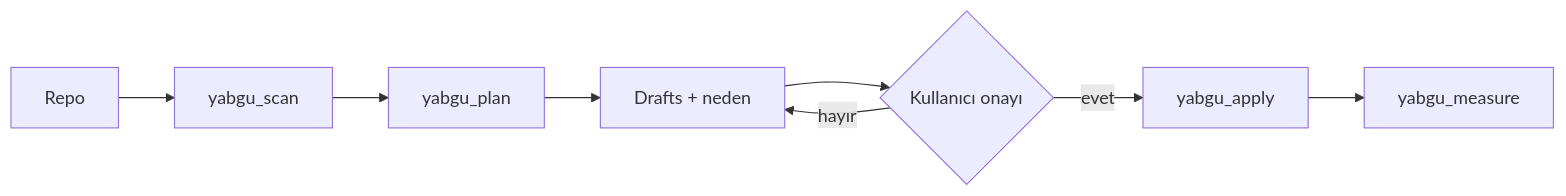
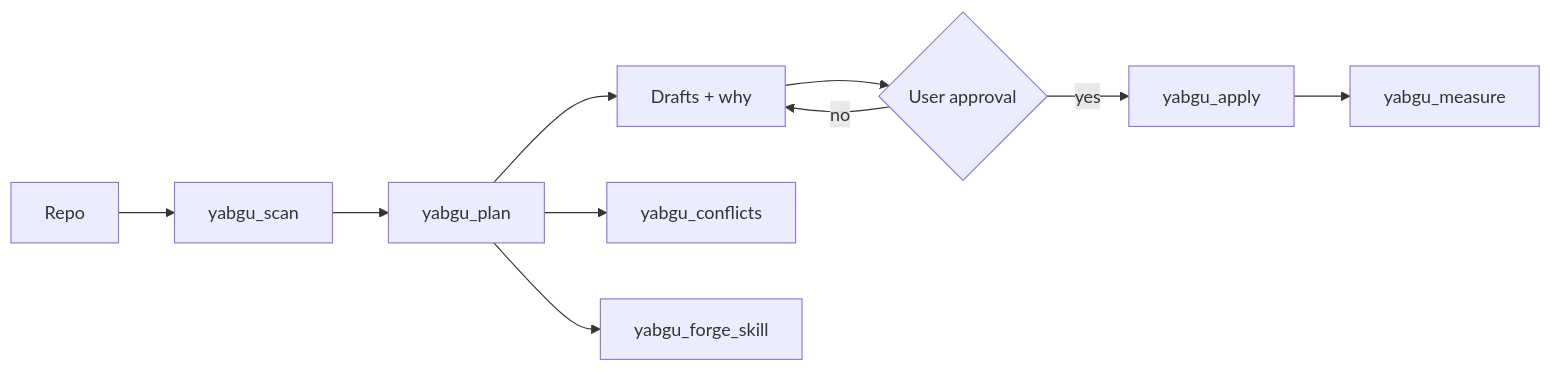
One commit to emrahyasinisik/Yabgu changed the diagram in README.md. Above: the diagram before and after it, drawn with Mermaid. The commit also changed other lines of this file and 3 other files, not shown here.

````diff
--- a/README.md
+++ b/README.md
@@ -25,10 +25,12 @@
 ```mermaid
 flowchart LR
   A[Repo] --> B[yabgu_scan]
   B --> C[yabgu_plan]
-  C --> D[Drafts + neden]
-  D --> E{Kullanıcı onayı}
-  E -->|evet| F[yabgu_apply]
-  E -->|hayır| D
+  C --> D[Drafts + why]
+  D --> E{User approval}
+  E -->|yes| F[yabgu_apply]
+  E -->|no| D
   F --> G[yabgu_measure]
+  C --> H[yabgu_conflicts]
+  C --> I[yabgu_forge_skill]
 ```
````
